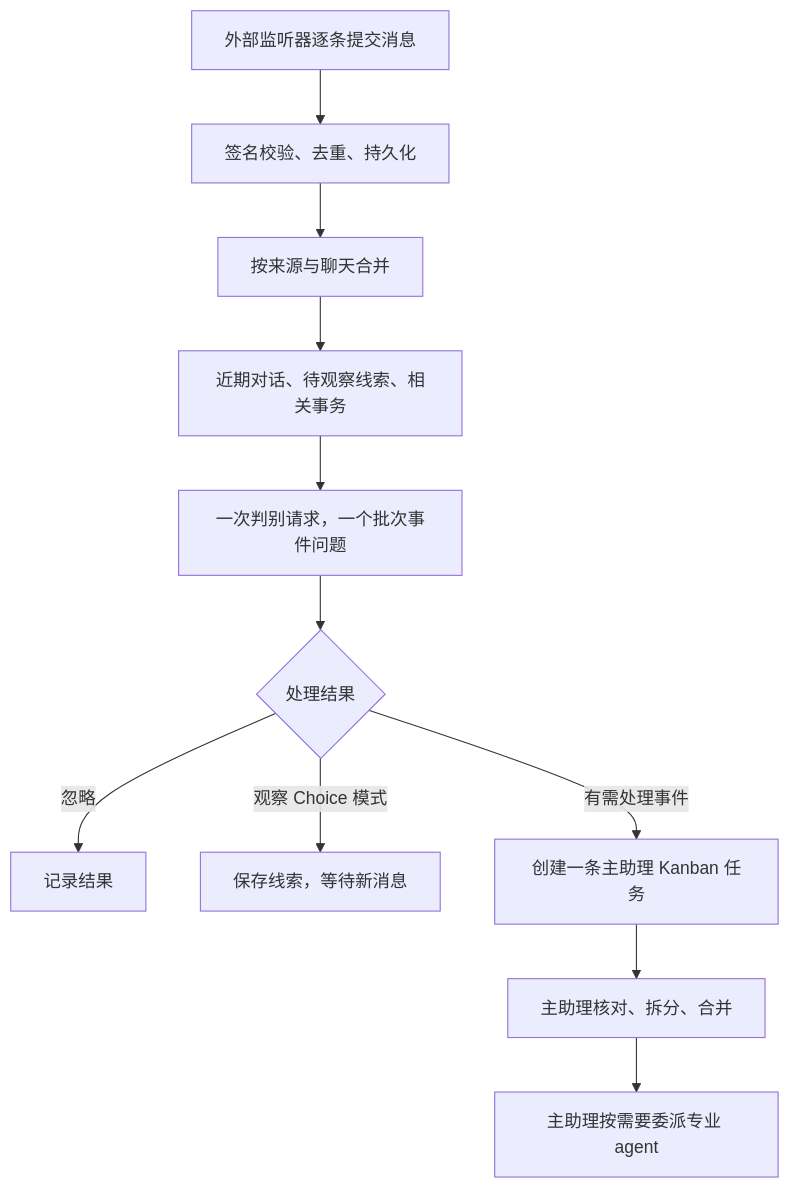
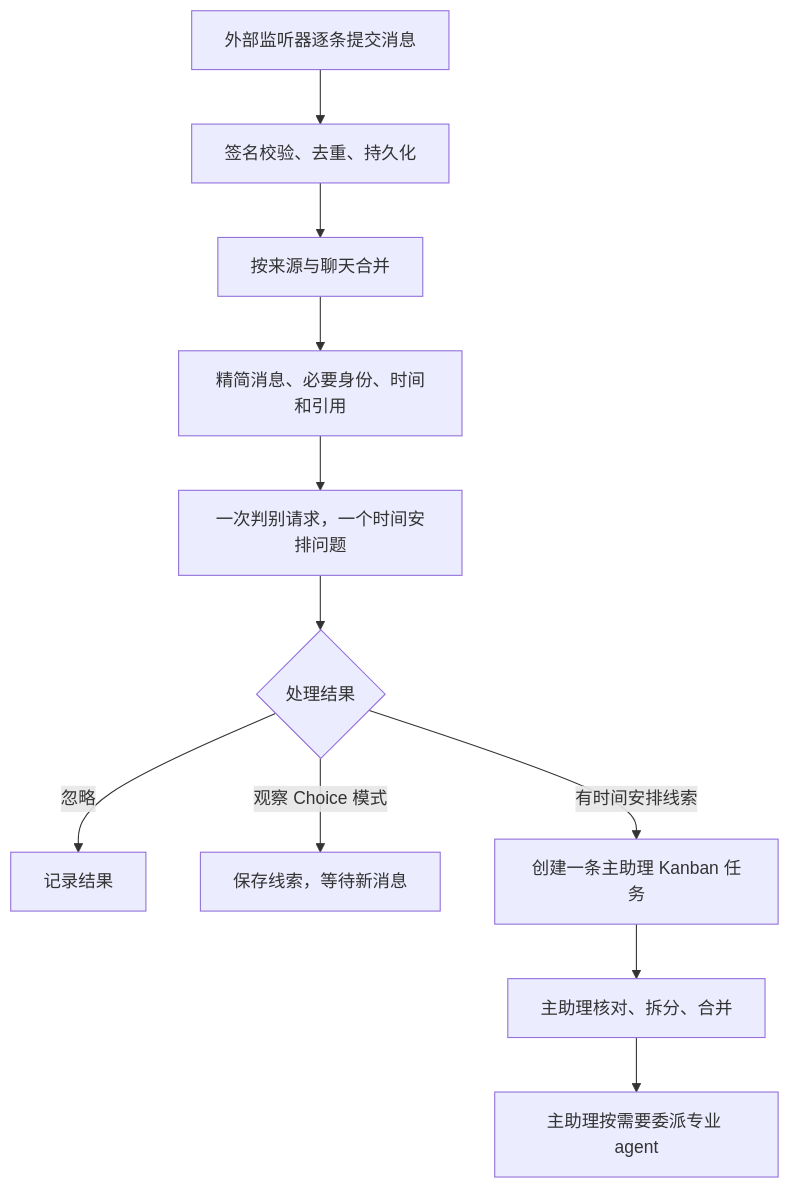
The diagram in README.md (xyyhhh/hermes-wechat-router), drawn with Mermaid before and after one commit. The commit also changed other lines of this file and 25 other files, not shown here.

````diff
--- a/README.md
+++ b/README.md
@@ -11,13 +11,13 @@
 ```mermaid
 flowchart TD
     A[外部监听器逐条提交消息] --> B[签名校验、去重、持久化]
     B --> C[按来源与聊天合并]
-    C --> D[近期对话、待观察线索、相关事务]
-    D --> E[一次判别请求，一个批次事件问题]
+    C --> D[精简消息、必要身份、时间和引用]
+    D --> E[一次判别请求，一个时间安排问题]
     E --> F{处理结果}
     F -->|忽略| G[记录结果]
     F -->|观察 Choice 模式| H[保存线索，等待新消息]
-    F -->|有需处理事件| I[创建一条主助理 Kanban 任务]
+    F -->|有时间安排线索| I[创建一条主助理 Kanban 任务]
     I --> J[主助理核对、拆分、合并]
     J --> K[主助理按需要委派专业 agent]
 ```
````
